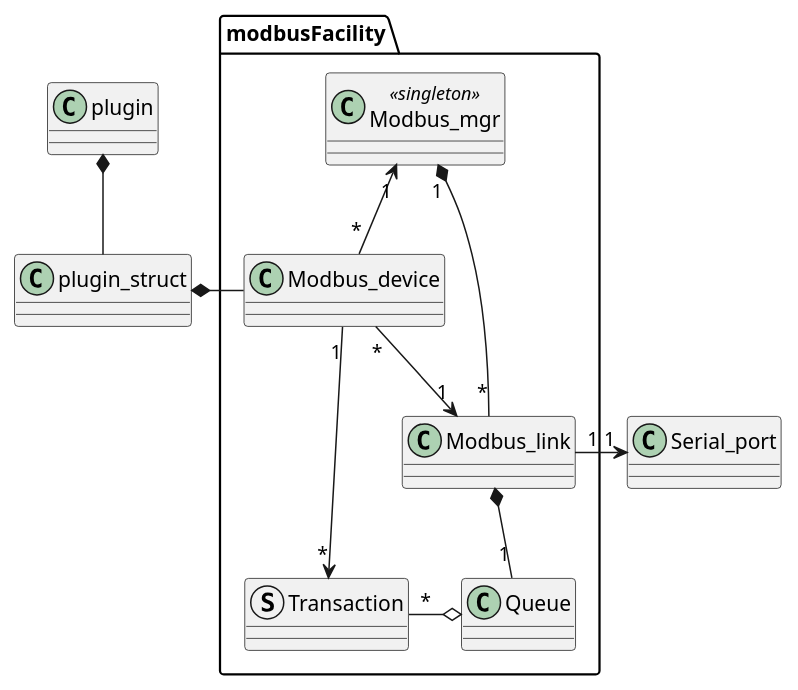
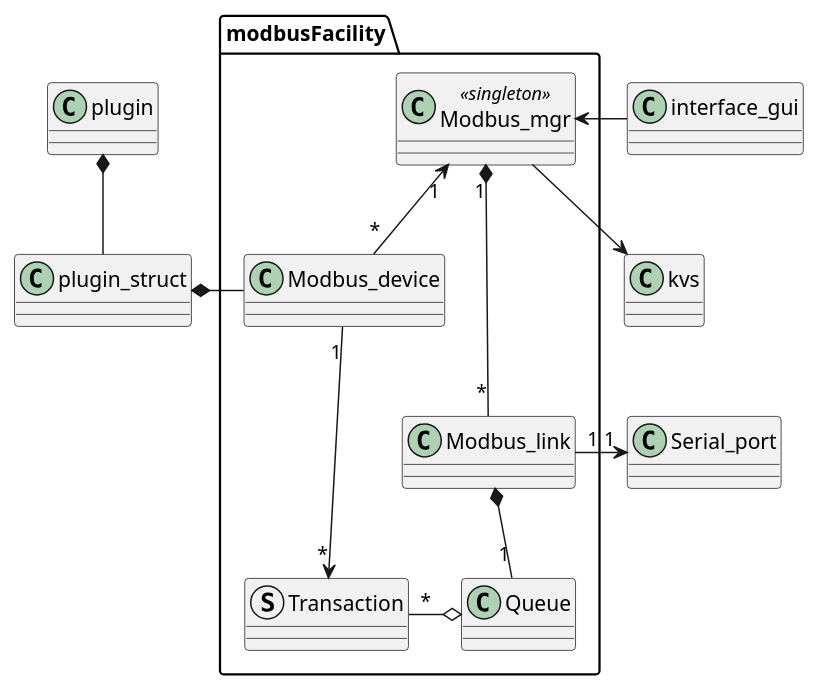
Before and after one commit to letscontrolit/ESPEasy: the diagram in misc/modbusFacility/Modbus_class.puml, drawn with PlantUML. The commit also changed 8 other files, not shown here.

```diff
--- a/misc/modbusFacility/Modbus_class.puml
+++ b/misc/modbusFacility/Modbus_class.puml
@@ -1,40 +1,47 @@
 @startuml
 
 class plugin {
 
 }
 
 class plugin_struct {
 
 }
 
 package "modbusFacility" {
   class Modbus_mgr <<singleton>> {
   }
 
   class Modbus_link {
   }
 
   class Modbus_device {
   }
 
   class Queue {
   }
 
   struct Transaction {
   }
 }
 
 class Serial_port {
 }
 
+class interface_gui {
+}
+
+class kvs {
+}
+
 plugin *-- plugin_struct
 plugin_struct *-right- Modbus_device
-Modbus_device "*" -down-> "1" Modbus_link
 Modbus_link "1" -right-> "1" Serial_port
-Modbus_mgr "1" *-- "*" Modbus_link
+Modbus_mgr "1" *--- "*" Modbus_link
 Modbus_mgr "1" <-- "*" Modbus_device
 Modbus_link *-- "1" Queue
 Queue o-left- "*" Transaction
 Modbus_device "1" --> "*" Transaction
+interface_gui -left-> Modbus_mgr
+Modbus_mgr --> kvs
 @enduml
```
